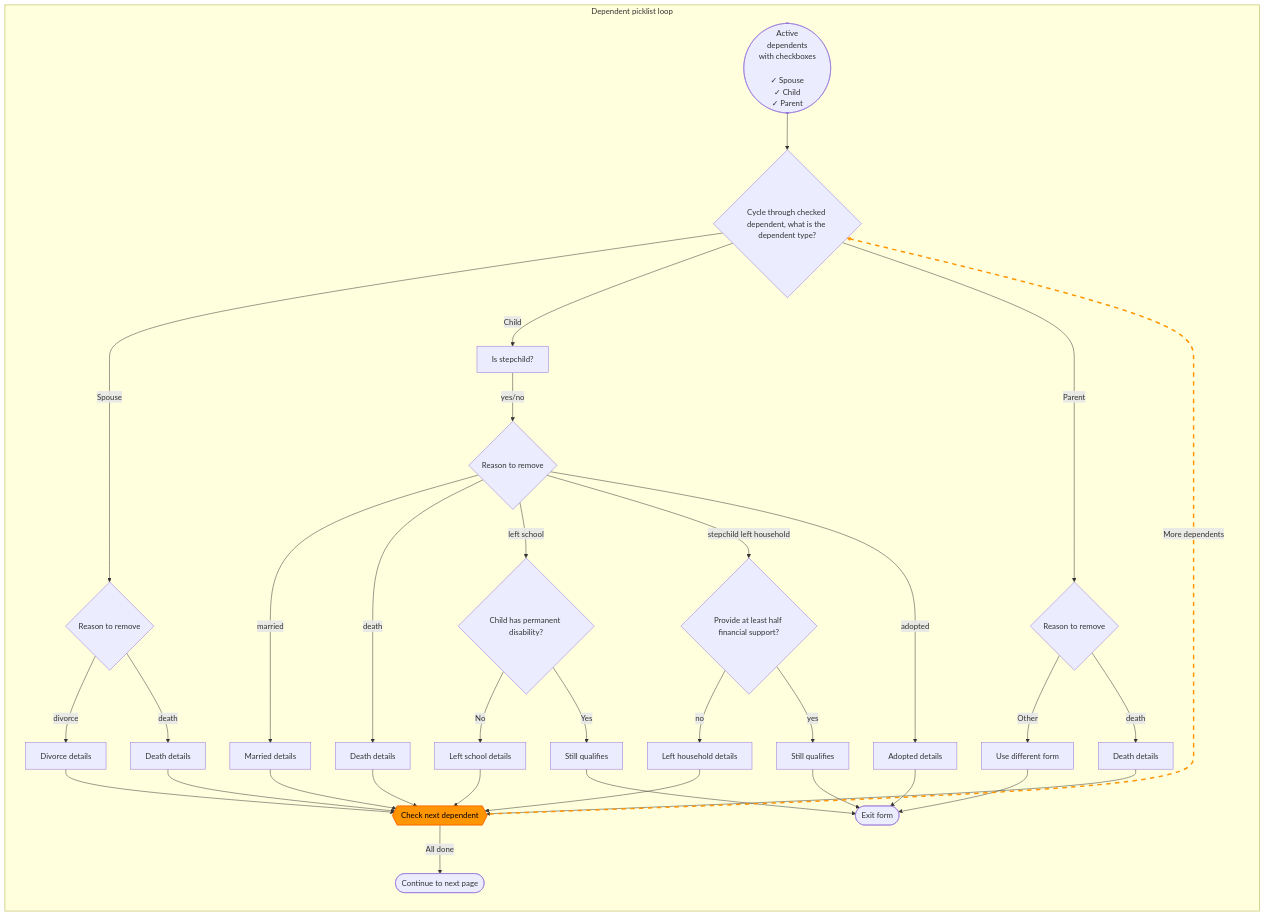
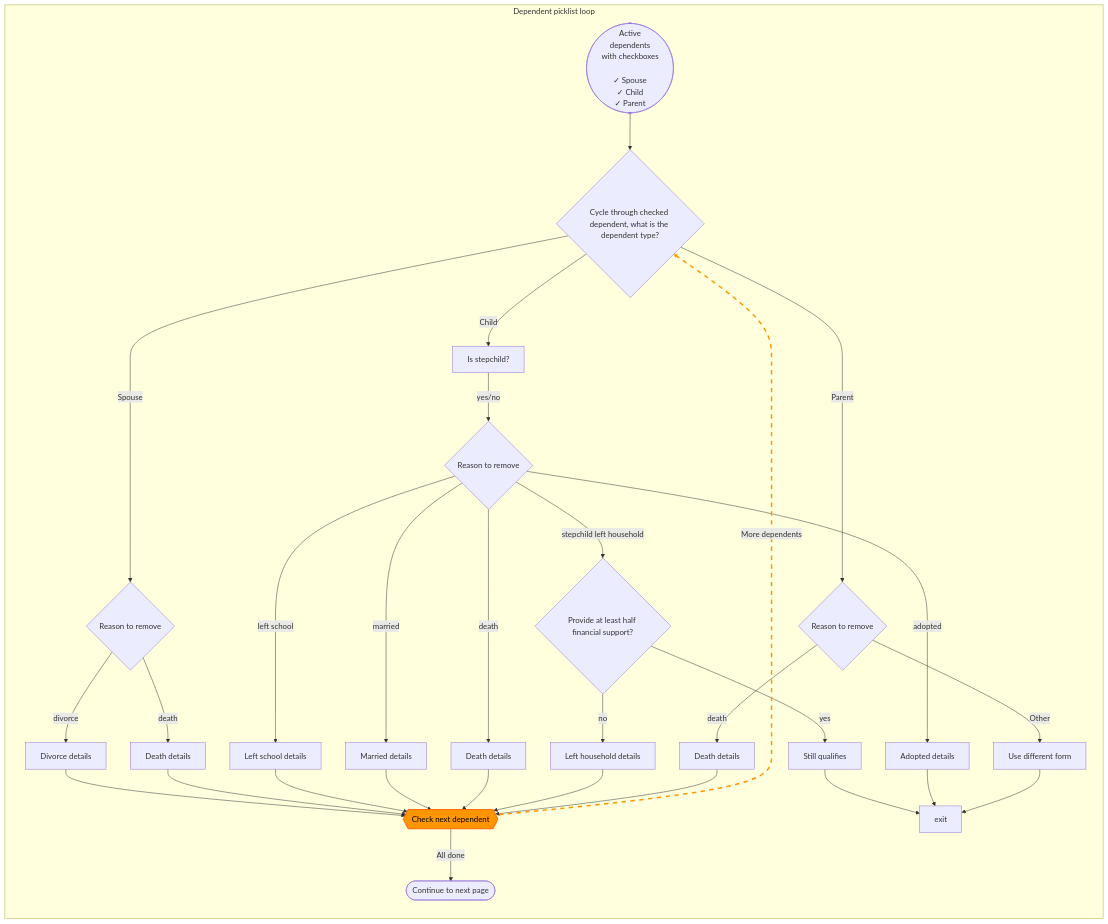
The diagram in products/dependents/picklist/flow.md (department-of-veterans-affairs/va.gov-team), drawn with Mermaid before and after one commit.

Commit message:
Refactor child dependency flow in flow.md
Removed conditions related to child's disability and updated flow for left school details.

````diff
--- a/products/dependents/picklist/flow.md
+++ b/products/dependents/picklist/flow.md
@@ -3,51 +3,48 @@
 ```mermaid
 flowchart TD
   Start([Active<br>dependents<br>with checkboxes<br><br>✓ Spouse<br>✓ Child<br>✓ Parent])
 
   subgraph DepLoop[Dependent picklist loop]
     direction TB
     DepType{Cycle through checked dependent, what is the dependent type?}
     Start --> DepType
     DepType -- "Spouse" --> SpouseReasonToRemove{Reason to remove}
     SpouseReasonToRemove -- "divorce" --> SpouseDetails[Divorce details]
     SpouseDetails --> NextDep
     SpouseReasonToRemove -- "death" --> SpouseDeathDetails[Death details]
     SpouseDeathDetails --> NextDep
 
     DepType -- "Child" --> ChildIsStepchild[Is stepchild?]
     ChildIsStepchild -- yes/no --> ChildReasonToRemove{Reason to remove}
-    ChildHasDisability -- "No" --> ChildLeftSchoolDetails[Left school details]
     ChildLeftSchoolDetails --> NextDep
     ChildReasonToRemove -- "married" --> ChildMarriedDetails[Married details]
     ChildMarriedDetails --> NextDep
     ChildReasonToRemove -- "death" --> ChildDeathDetails[Death details]
     ChildDeathDetails --> NextDep
-    ChildReasonToRemove -- "left school" --> ChildHasDisability{Child has permanent disability?}
-    ChildHasDisability -- "Yes" --> ChildStillQualifies[Still qualifies]
-    ChildStillQualifies --> exit([Exit form])
+    ChildReasonToRemove -- "left school" --> ChildLeftSchoolDetails[Left school details]
     ChildReasonToRemove -- "stepchild left household" --> ChildHalfFinancialSupport{Provide at least half financial support?}
     ChildHalfFinancialSupport -- "no" --> ChildLeftHouseholdDetails[Left household details]
     ChildLeftHouseholdDetails --> NextDep
     ChildHalfFinancialSupport -- "yes" --> ChildStillQualifies2[Still qualifies]
     ChildStillQualifies2 --> exit
     ChildReasonToRemove -- "adopted" --> ChildAdoptedDetails[Adopted details]
     ChildAdoptedDetails --> exit
 
     DepType -- "Parent" --> ParentReasonToRemove{Reason to remove}
     ParentReasonToRemove -- "Other" --> ParentExit[Use different form]
     ParentExit --> exit
     ParentReasonToRemove -- "death" --> ParentDeathDetails[Death details]
     ParentDeathDetails --> NextDep
 
     NextDep@{ shape: hex, label: "Check next dependent" }
     NextDep l1@-- "More dependents" --> DepType
     NextDep -- "All done" --> Done([Continue to next page])
   end
 
   classDef animate stroke-dasharray: 9,5,stroke-dashoffset: 1200,animation: dash 25s linear infinite, stroke:#ff9500, stroke-width:3px;
   class l1 animate
 
   %% Styling
   style NextDep fill:#ff9500,stroke:#ff6600,stroke-width:2px,color:#000000
 
 ```
````
